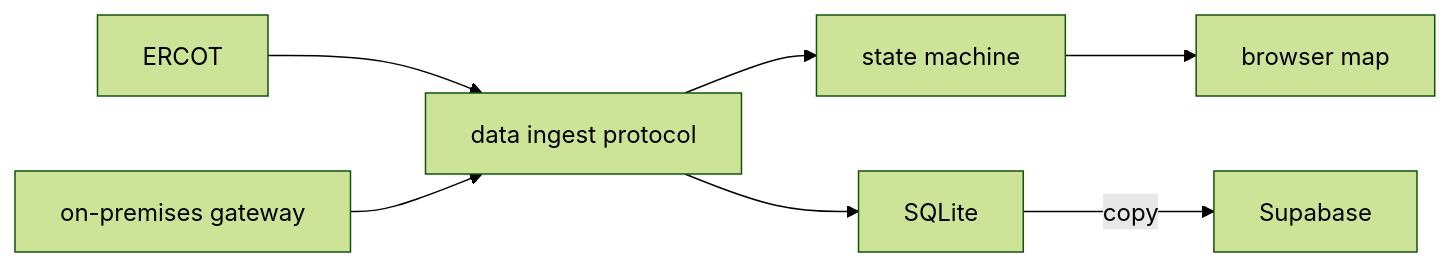
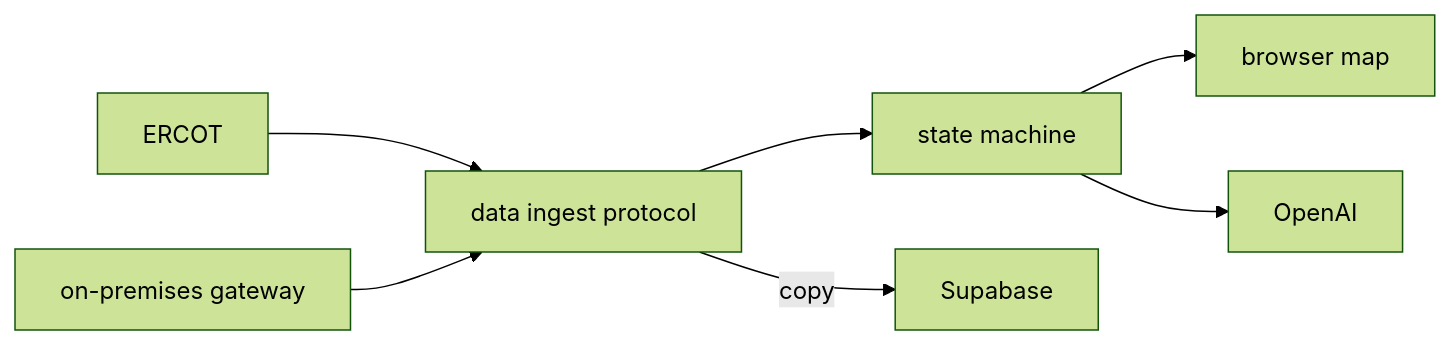
Before and after one commit to alkarboly/grid-state-machine: the diagram in README.md, drawn with Mermaid (forest theme). The commit also changed other lines of this file and 27 other files, not shown here.

````diff
--- a/README.md
+++ b/README.md
@@ -88,9 +88,9 @@
 ```mermaid
 flowchart LR
   ERCOT --> ingest[data ingest protocol]
   gateway[on-premises gateway] --> ingest
   ingest --> machine[state machine]
-  ingest --> sqlite[SQLite]
+  ingest -->|copy| supabase[Supabase]
   machine --> map[browser map]
-  sqlite -->|copy| supabase[Supabase]
+  machine --> openai[OpenAI]
 ```
````
